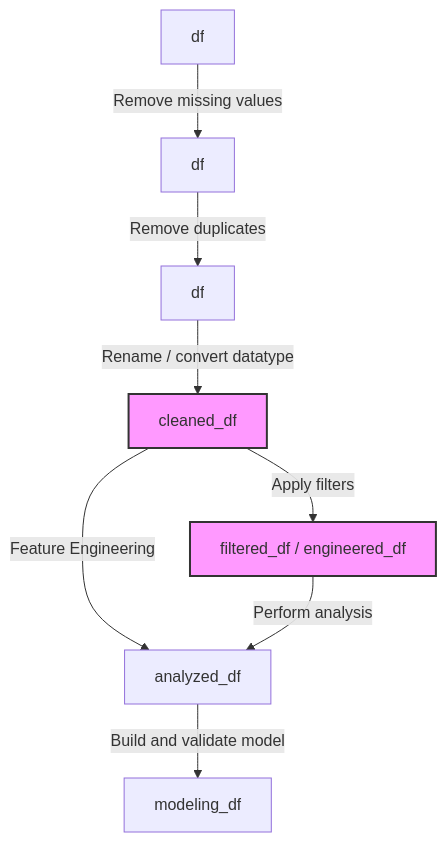
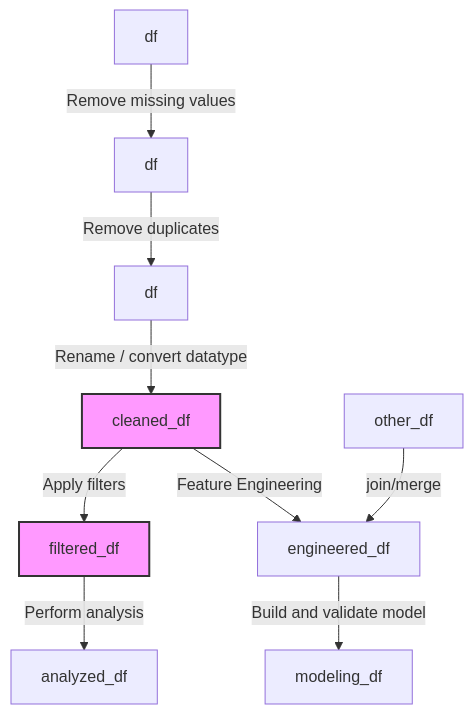
One commit to stemgene/faq-of-ds-at-tripleten changed the diagram in README.md. Above: the diagram before and after it, drawn with Mermaid.

````diff
--- a/README.md
+++ b/README.md
@@ -7,16 +7,17 @@
 ```mermaid
 graph TD
     A[df] --> |Remove missing values| B[df]
     B[df] --> |Remove duplicates| C[df]
     C[df] --> |Rename / convert datatype | D[cleaned_df]
-    D[cleaned_df] --> |Apply filters| E[filtered_df / engineered_df]
+    D[cleaned_df] --> |Apply filters| E[filtered_df]
+    K[other_df] --> |join/merge| F[engineered_df]
     D[cleaned_df] --> | Feature Engineering| F[engineered_df]
-    E --> |Perform analysis| F[analyzed_df]
-    F --> |Build and validate model| G[modeling_df]
+    E[filtered_df] --> |Perform analysis| G[analyzed_df]
+    F[engineered_df] --> |Build and validate model| H[modeling_df]
     classDef milestone fill:#f9f,stroke:#333,stroke-width:2px;
 
     D:::milestone
     E:::milestone
 
 
 ```
````
